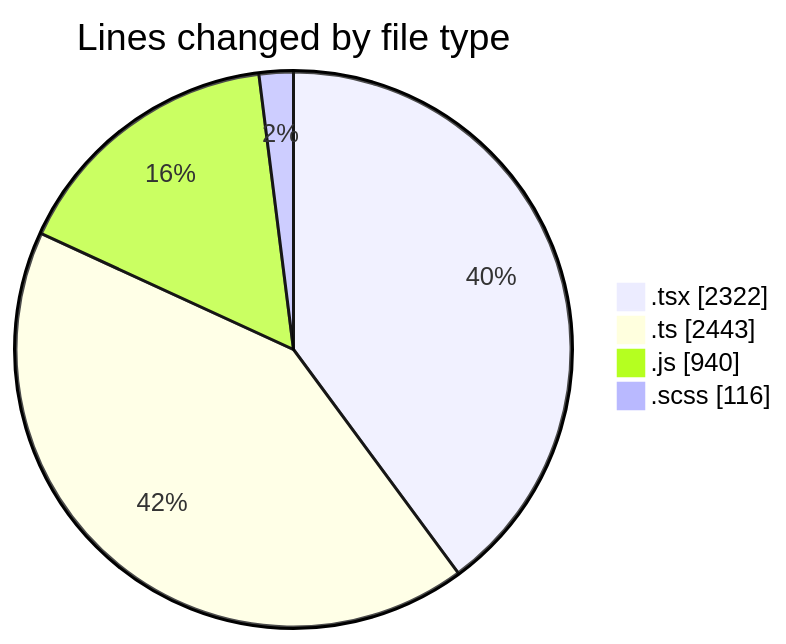
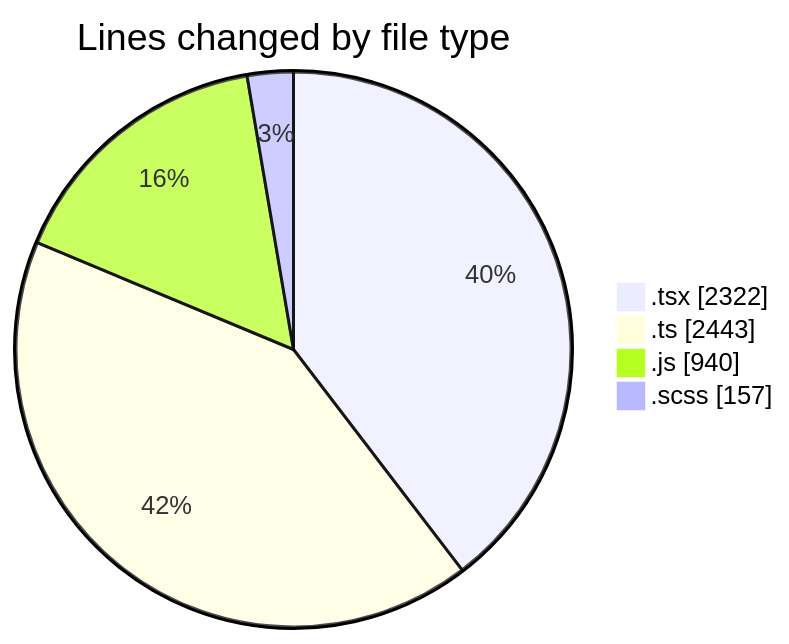
One commit to momahboobian/code-tracking changed the first of 2 diagrams in 2026-07-16/cda/README.md. Above: the diagram before and after it, drawn with Mermaid. The commit also changed other lines of this file and 1 other file, not shown here.

````diff
--- a/2026-07-16/cda/README.md
+++ b/2026-07-16/cda/README.md
@@ -50,8 +50,8 @@
 ```mermaid
 pie showData
 title Lines changed by file type
 ".tsx" : 2322
 ".ts" : 2443
 ".js" : 940
-".scss" : 116
+".scss" : 157
 ```
````
